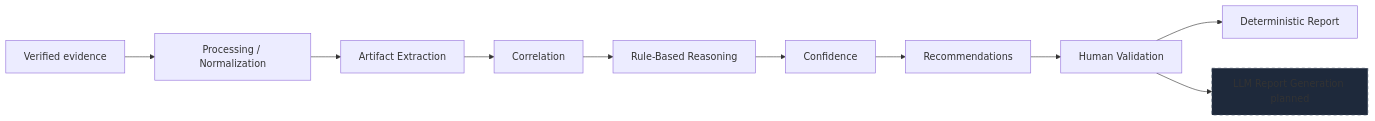
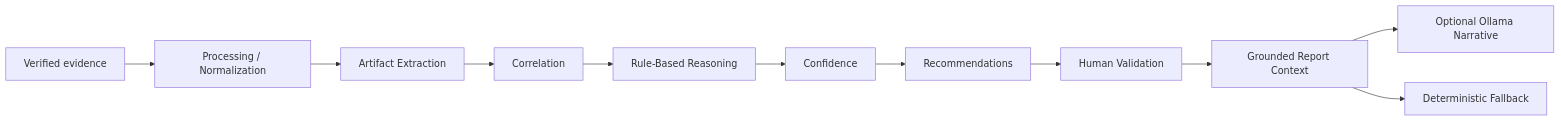
One commit to shikhar-sahay/provena changed the third of 3 diagrams in docs/ai-architecture.md. Above: the diagram before and after it, drawn with Mermaid. The commit also changed other lines of this file and 6 other files, not shown here.

````diff
--- a/docs/ai-architecture.md
+++ b/docs/ai-architecture.md
@@ -59,13 +96,13 @@
 ```mermaid
 flowchart LR
     V[Verified evidence] --> P[Processing / Normalization]
     P --> X[Artifact Extraction]
     X --> C[Correlation]
     C --> R[Rule-Based Reasoning]
     R --> S[Confidence]
     S --> Rec[Recommendations]
     Rec --> H[Human Validation]
-    H --> D[Deterministic Report]
-    H --> L[LLM Report Generation planned]
-    style L fill:#1e293b,stroke:#475569,stroke-dasharray: 5 5
+    H --> D[Grounded Report Context]
+    D --> L[Optional Ollama Narrative]
+    D --> F[Deterministic Fallback]
 ```
````
